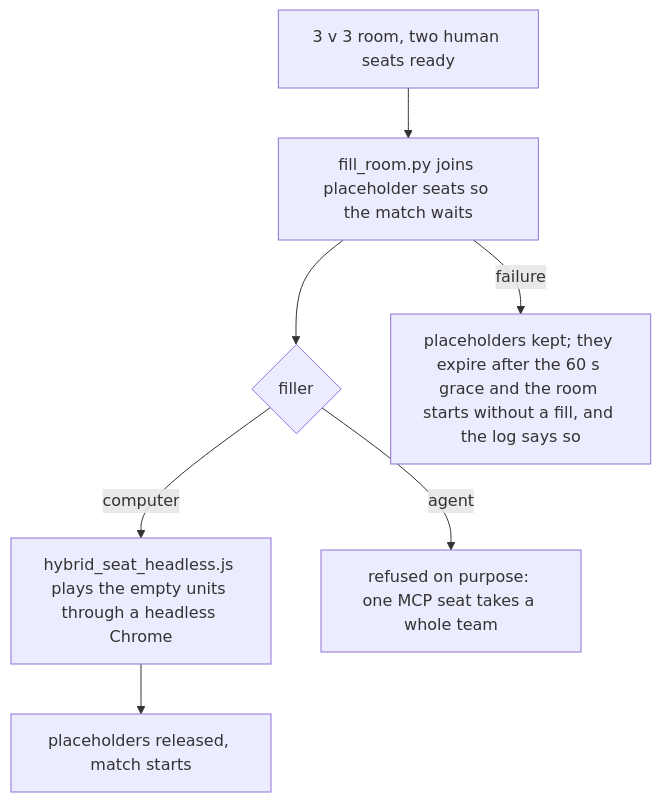
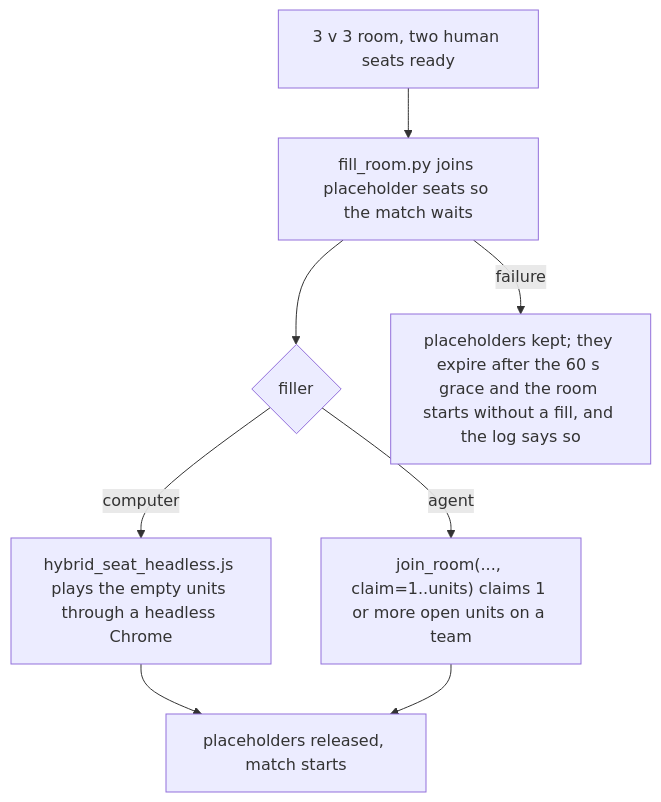
The seventh of 9 diagrams in docs/ARCHITECTURE_FULL_20261124.md (jiarong0423/pumpkin-killer-kiroween), drawn with Mermaid before and after one commit. The commit also changed other lines of this file and 2 other files, not shown here.

Commit message:
docs: add full architecture diagram, tech stack, Kiro skills breakdown, and fix stale wording

````diff
--- a/docs/ARCHITECTURE_FULL_20261124.md
+++ b/docs/ARCHITECTURE_FULL_20261124.md
@@ -166,9 +166,10 @@
 ```mermaid
 flowchart TB
   ROOM["3 v 3 room, two human seats ready"] --> HOLD["fill_room.py joins placeholder seats so the match waits"]
   HOLD --> DEC{"filler"}
   DEC -- "computer" --> CPU["hybrid_seat_headless.js plays the empty units through a headless Chrome"]
-  DEC -- "agent" --> REF["refused on purpose: one MCP seat takes a whole team"]
+  DEC -- "agent" --> AGT["join_room(..., claim=1..units) claims 1 or more open units on a team"]
   CPU --> REL["placeholders released, match starts"]
+  AGT --> REL
   HOLD -- "failure" --> KEEP["placeholders kept; they expire after the 60 s grace and the room starts without a fill, and the log says so"]
 ```
````
